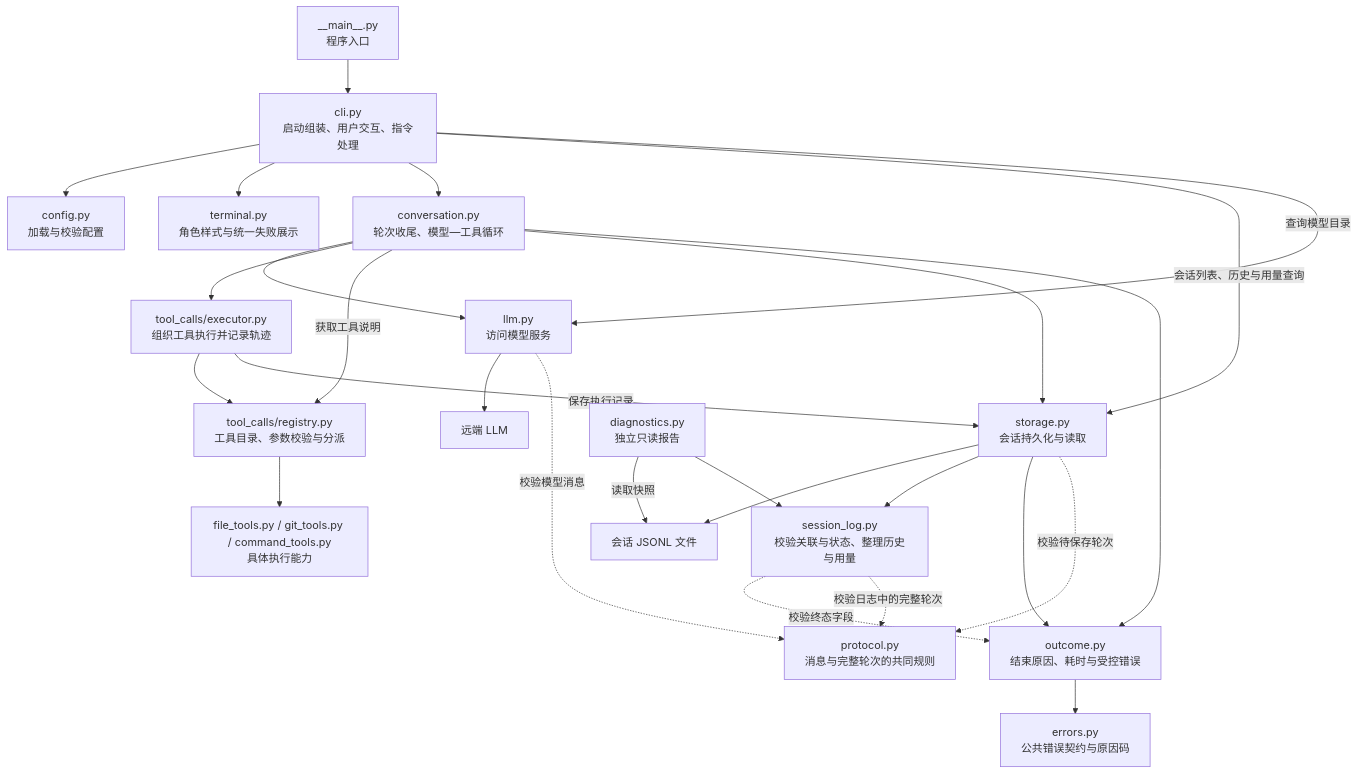
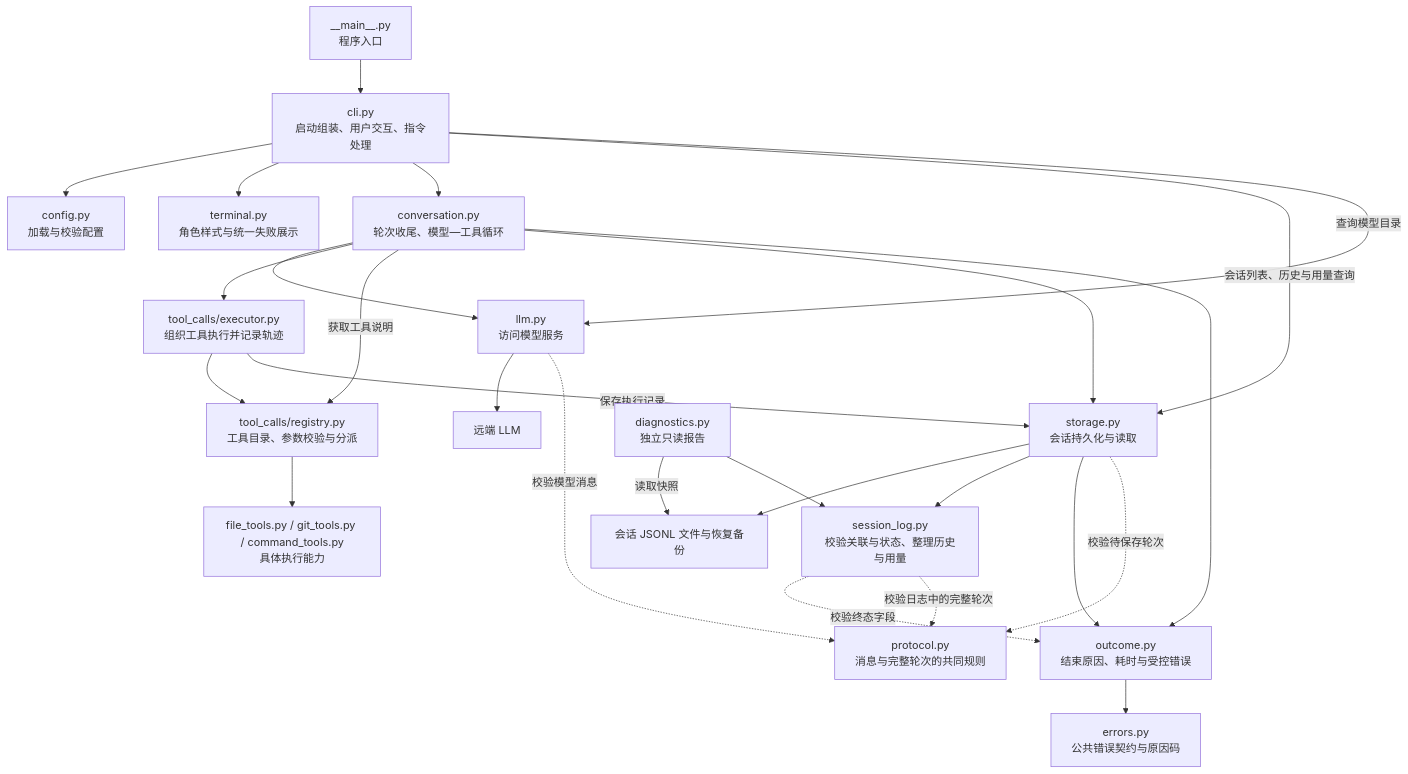
One commit to Plvltra/AdamAgent changed the first of 3 diagrams in docs/architecture.md. Above: the diagram before and after it, drawn with Mermaid. The commit also changed other lines of this file and 13 other files, not shown here.

````diff
--- a/docs/architecture.md
+++ b/docs/architecture.md
@@ -15,31 +15,31 @@
 ```mermaid
 flowchart TD
     ENTRY["__main__.py<br/>程序入口"] --> CLI["cli.py<br/>启动组装、用户交互、指令处理"]
     CLI --> CONFIG["config.py<br/>加载与校验配置"]
     CLI --> TERMINAL["terminal.py<br/>角色样式与统一失败展示"]
     CLI --> CONV["conversation.py<br/>轮次收尾、模型—工具循环"]
     CLI -->|"会话列表、历史与用量查询"| STORE["storage.py<br/>会话持久化与读取"]
 
     CONV --> LLM["llm.py<br/>访问模型服务"]
     CLI -->|"查询模型目录"| LLM
     LLM --> API["远端 LLM"]
     CONV --> EXEC["tool_calls/executor.py<br/>组织工具执行并记录轨迹"]
     CONV -->|"获取工具说明"| REG["tool_calls/registry.py<br/>工具目录、参数校验与分派"]
     EXEC --> REG
     REG --> TOOLS["file_tools.py / git_tools.py / command_tools.py<br/>具体执行能力"]
 
     CONV --> STORE
     EXEC -->|"保存执行记录"| STORE
-    STORE --> FILE["会话 JSONL 文件"]
+    STORE --> FILE["会话 JSONL 文件与恢复备份"]
     DIAG["diagnostics.py<br/>独立只读报告"] -->|读取快照| FILE
     DIAG --> LOG
     STORE --> LOG["session_log.py<br/>校验关联与状态、整理历史与用量"]
     CONV --> OUTCOME["outcome.py<br/>结束原因、耗时与受控错误"]
     STORE --> OUTCOME
     LOG -.->|"校验终态字段"| OUTCOME
     OUTCOME --> ERROR["errors.py<br/>公共错误契约与原因码"]
 
     LLM -.->|"校验模型消息"| PROTOCOL["protocol.py<br/>消息与完整轮次的共同规则"]
     STORE -.->|"校验待保存轮次"| PROTOCOL
     LOG -.->|"校验日志中的完整轮次"| PROTOCOL
 ```
````
